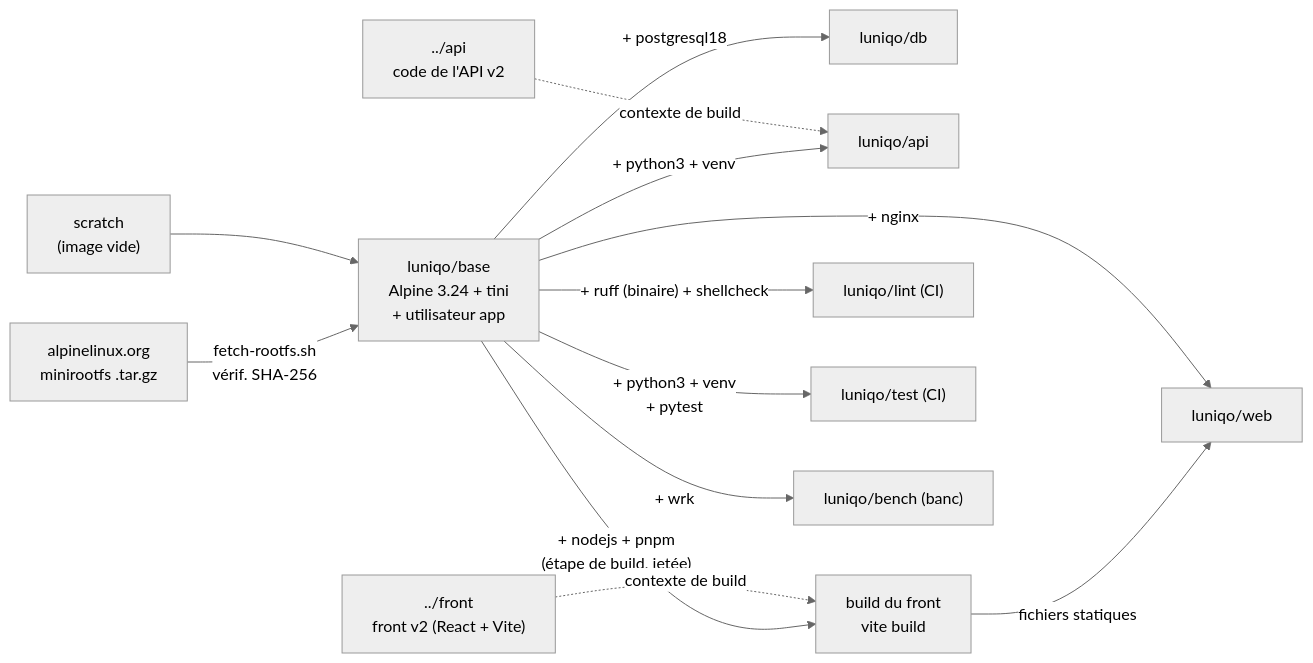
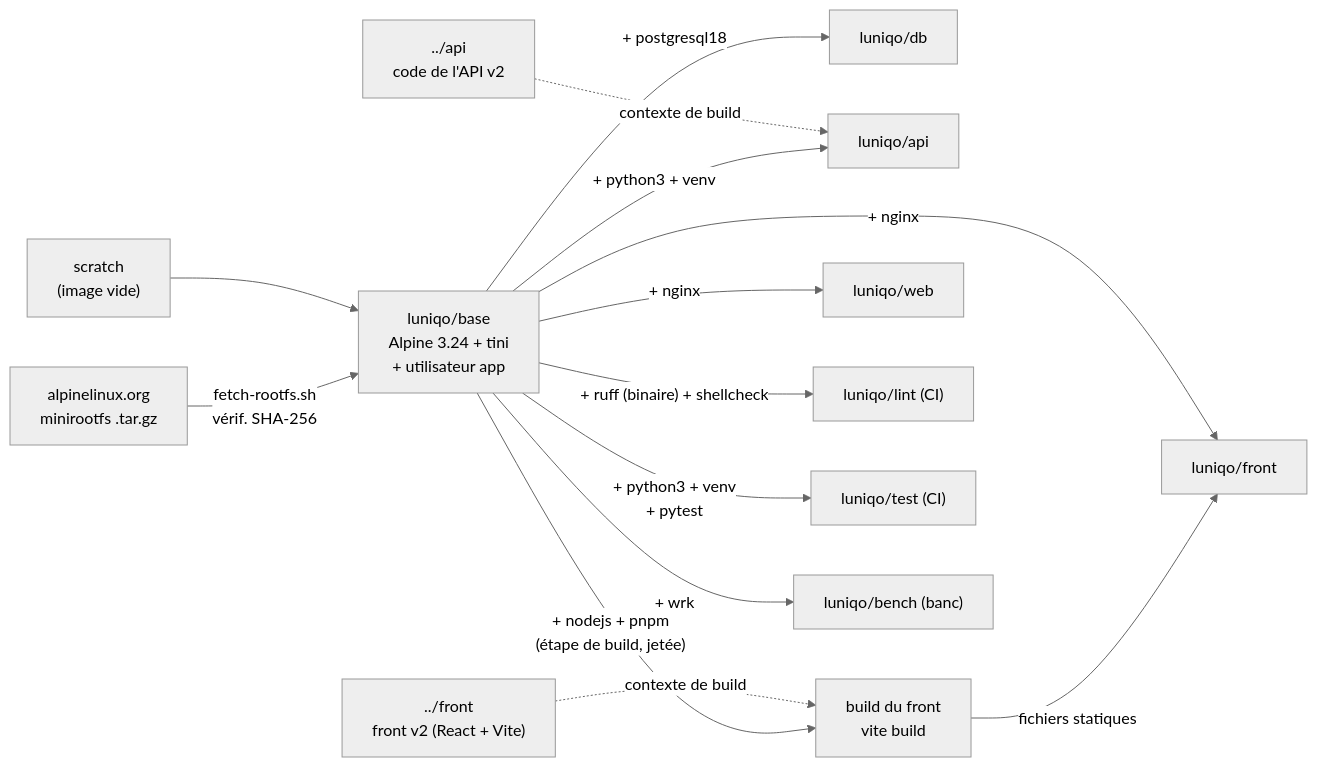
One commit to zharrow/Luniqo changed the first of 4 diagrams in docker/README.md. Above: the diagram before and after it, drawn with Mermaid (neutral theme). The commit also changed other lines of this file and 14 other files, not shown here.

````diff
--- a/docker/README.md
+++ b/docker/README.md
@@ -97,15 +102,16 @@
 ```mermaid
 flowchart LR
     alpine["alpinelinux.org<br/>minirootfs .tar.gz"] -- "fetch-rootfs.sh<br/>vérif. SHA-256" --> base
     scratch["scratch<br/>(image vide)"] --> base["luniqo/base<br/>Alpine 3.24 + tini<br/>+ utilisateur app"]
     base -- "+ postgresql18" --> db["luniqo/db"]
     base -- "+ python3 + venv" --> api["luniqo/api"]
     base -- "+ nodejs + pnpm<br/>(étape de build, jetée)" --> build["build du front<br/>vite build"]
-    build -- "fichiers statiques" --> web
+    build -- "fichiers statiques" --> frontimg
+    base -- "+ nginx" --> frontimg["luniqo/front"]
     base -- "+ nginx" --> web["luniqo/web"]
     base -- "+ ruff (binaire) + shellcheck" --> lint["luniqo/lint (CI)"]
     base -- "+ python3 + venv<br/>+ pytest" --> test["luniqo/test (CI)"]
     base -- "+ wrk" --> bench["luniqo/bench (banc)"]
     src["../api<br/>code de l'API v2"] -. "contexte de build" .-> api
     front["../front<br/>front v2 (React + Vite)"] -. "contexte de build" .-> build
 ```
````
